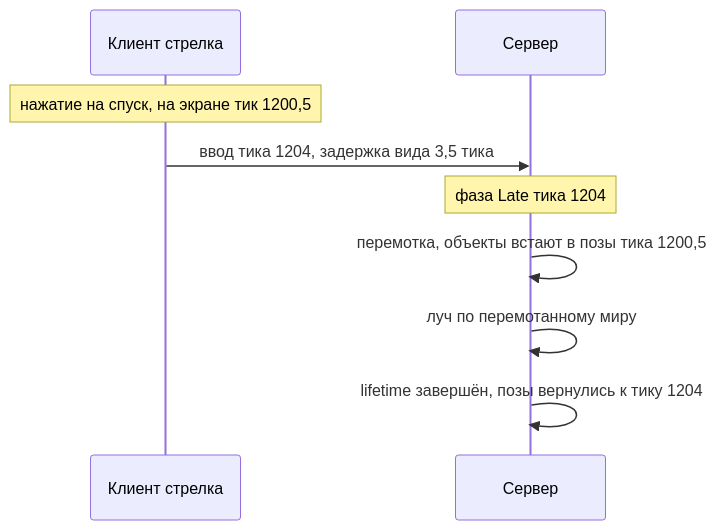
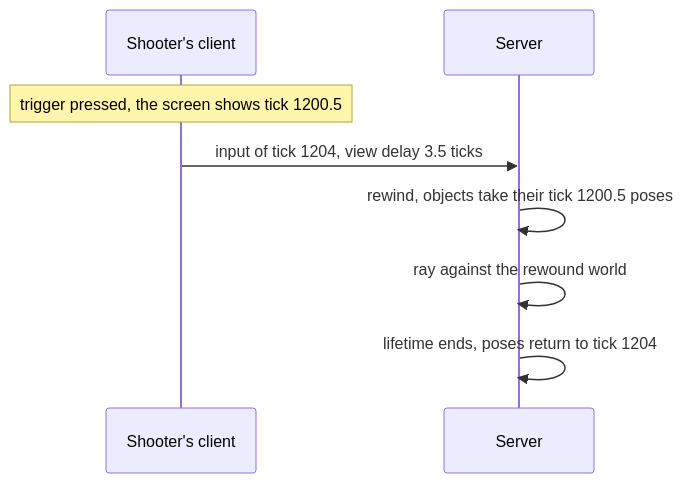
The seventh of 8 diagrams in README.md (pndte/match-please), drawn with Mermaid before and after one commit. The commit also changed other lines of this file, not shown here.

````diff
--- a/README.md
+++ b/README.md
@@ -681,11 +562,10 @@
 ```mermaid
 sequenceDiagram
-    participant C as Клиент стрелка
-    participant S as Сервер
-    Note over C: нажатие на спуск, на экране тик 1200,5
-    C->>S: ввод тика 1204, задержка вида 3,5 тика
-    Note over S: фаза Late тика 1204
-    S->>S: перемотка, объекты встают в позы тика 1200,5
-    S->>S: луч по перемотанному миру
-    S->>S: lifetime завершён, позы вернулись к тику 1204
+    participant C as Shooter's client
+    participant S as Server
+    Note over C: trigger pressed, the screen shows tick 1200.5
+    C->>S: input of tick 1204, view delay 3.5 ticks
+    S->>S: rewind, objects take their tick 1200.5 poses
+    S->>S: ray against the rewound world
+    S->>S: lifetime ends, poses return to tick 1204
 ```
````
